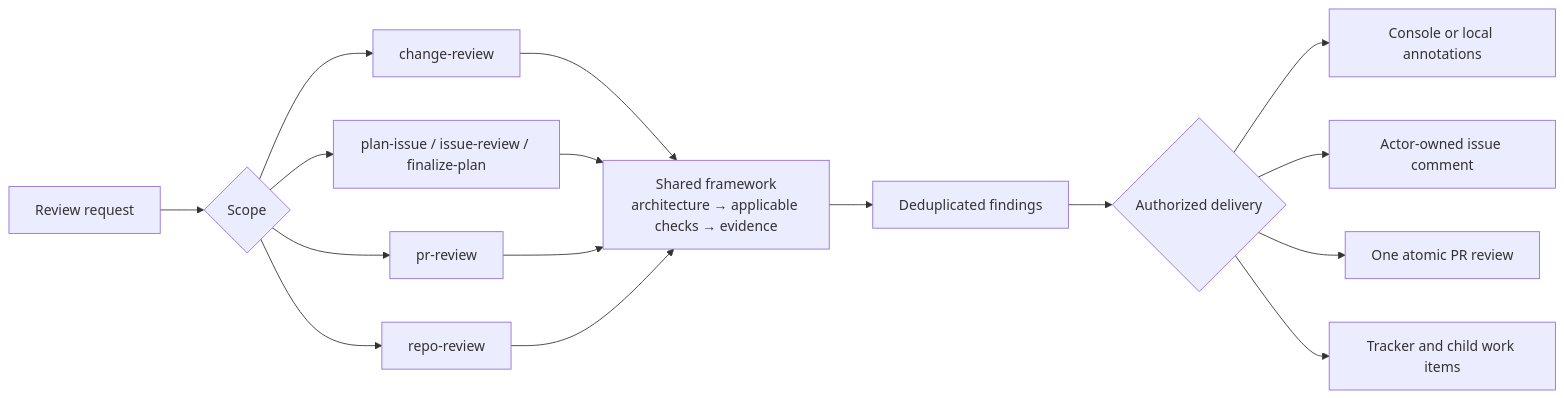
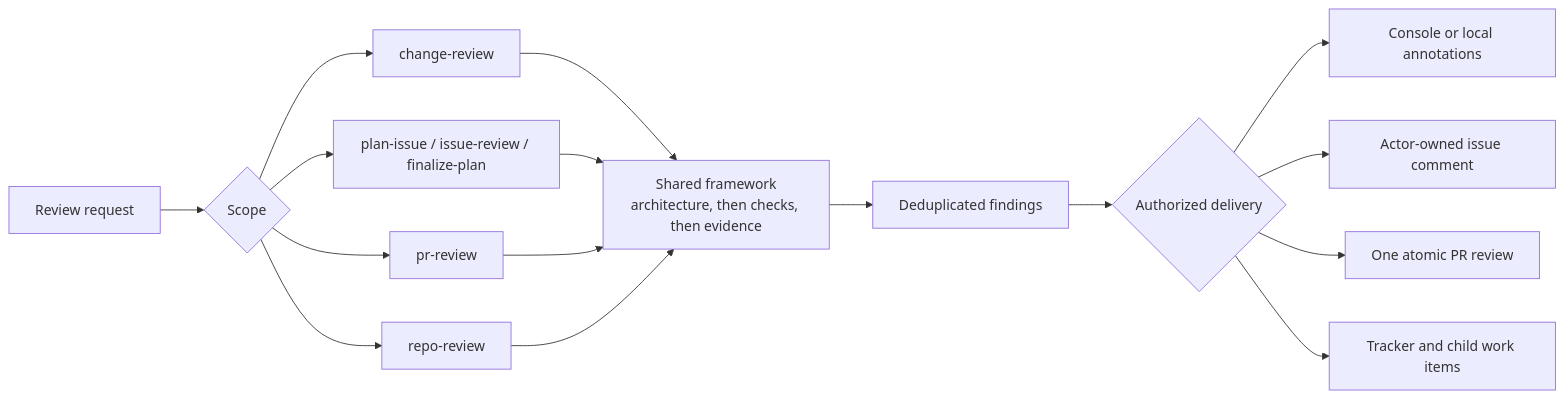
One commit to HomericIntelligence/Athena changed the diagram in docs/review/README.md. Above: the diagram before and after it, drawn with Mermaid. The commit also changed 8 other files, not shown here.

````diff
--- a/docs/review/README.md
+++ b/docs/review/README.md
@@ -14,20 +14,20 @@
 ```mermaid
 flowchart LR
     Request["Review request"] --> Scope{"Scope"}
     Scope --> Change["change-review"]
     Scope --> Issue["plan-issue / issue-review / finalize-plan"]
     Scope --> Pull["pr-review"]
     Scope --> Repository["repo-review"]
 
-    Change --> Framework["Shared framework\narchitecture → applicable checks → evidence"]
+    Change --> Framework["Shared framework\narchitecture, then checks, then evidence"]
     Issue --> Framework
     Pull --> Framework
     Repository --> Framework
 
     Framework --> Findings["Deduplicated findings"]
     Findings --> Delivery{"Authorized delivery"}
     Delivery --> Console["Console or local annotations"]
     Delivery --> IssueComment["Actor-owned issue comment"]
     Delivery --> PullReview["One atomic PR review"]
     Delivery --> Tracker["Tracker and child work items"]
 ```
````
